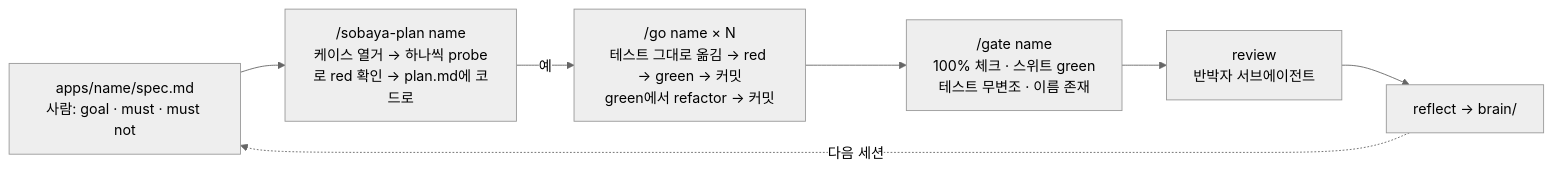
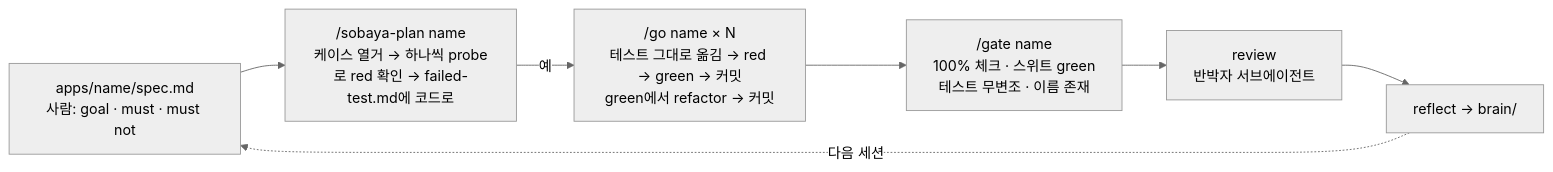
Before and after one commit to team-poem/sobaya: the diagram in README.ko.md, drawn with Mermaid (neutral theme). The commit also changed other lines of this file and 17 other files, not shown here.

First line of the commit message:
refactor(tdd-set): The failing-tests document is failed-test.md

````diff
--- a/README.ko.md
+++ b/README.ko.md
@@ -27,9 +27,9 @@
 ```mermaid
 flowchart LR
-    S["apps/name/spec.md<br>사람: goal · must · must not"] --> P["/sobaya-plan name<br>케이스 열거 → 하나씩 probe로 red 확인 → plan.md에 코드로"]
+    S["apps/name/spec.md<br>사람: goal · must · must not"] --> P["/sobaya-plan name<br>케이스 열거 → 하나씩 probe로 red 확인 → failed-test.md에 코드로"]
     P -- 예 --> G["/go name × N<br>테스트 그대로 옮김 → red → green → 커밋<br>green에서 refactor → 커밋"]
     G --> T["/gate name<br>100% 체크 · 스위트 green<br>테스트 무변조 · 이름 존재"]
     T --> R["review<br>반박자 서브에이전트"]
     R --> F["reflect → brain/"]
     F -. 다음 세션 .-> S
 ```
````
